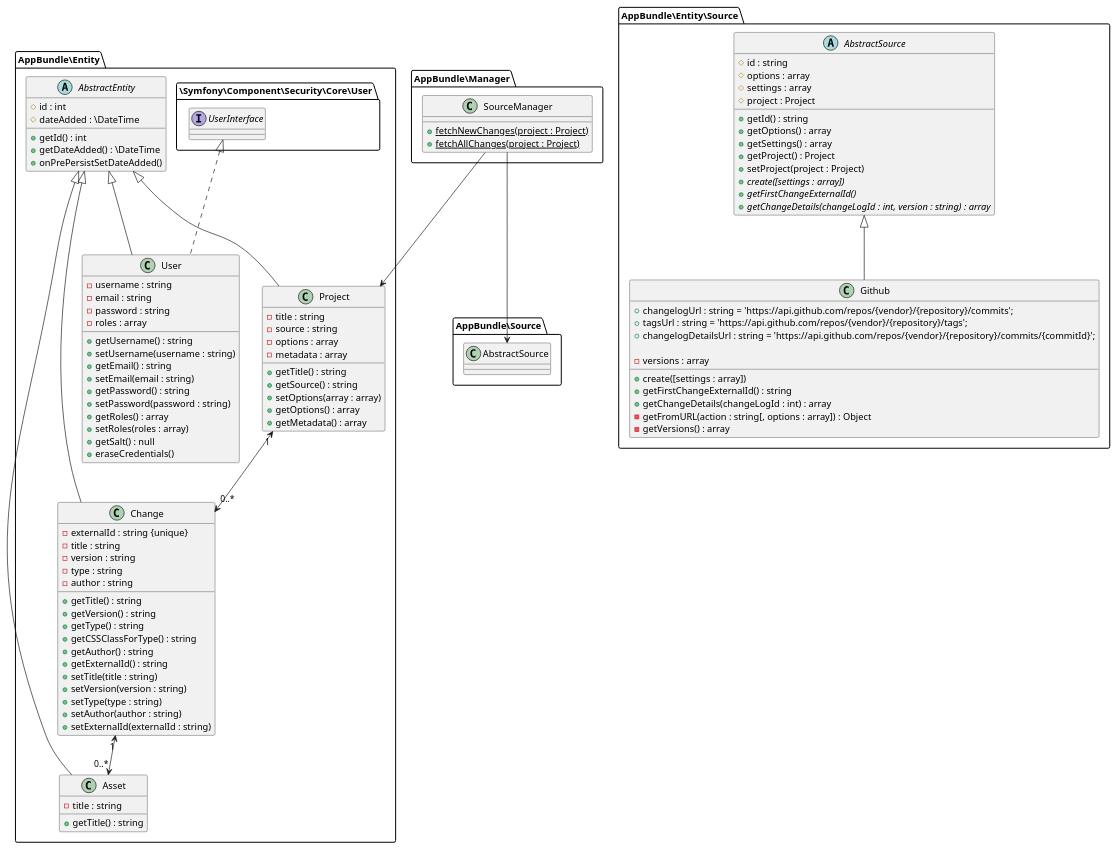
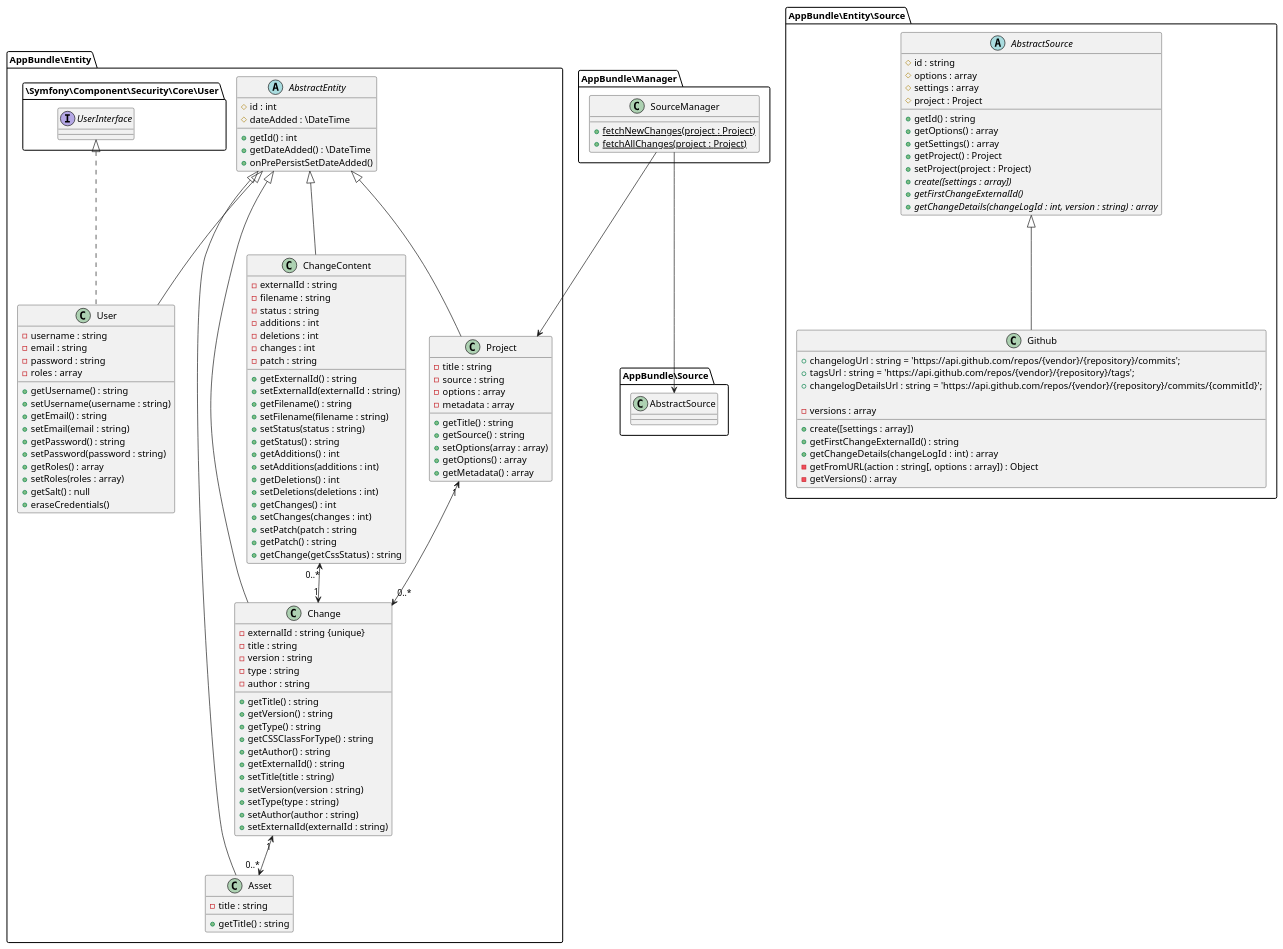
The diagram in src/AppBundle/Documentation/entities.puml (saitho/changebrowser), drawn with PlantUML before and after one commit. The commit also changed 3 other files, not shown here.

```diff
--- a/src/AppBundle/Documentation/entities.puml
+++ b/src/AppBundle/Documentation/entities.puml
@@ -1,105 +1,132 @@
 @startuml
 
 AppBundle\Manager.SourceManager --> AppBundle\Entity.Project
 AppBundle\Manager.SourceManager --> AppBundle\Source.AbstractSource
 
 namespace AppBundle\Manager {
     class SourceManager {
         + {static} fetchNewChanges(project : Project)
         + {static} fetchAllChanges(project : Project)
     }
 }
 
 namespace AppBundle\Entity\Source {
     abstract class AbstractSource {
         # id : string
         # options : array
         # settings : array
         # project : Project
         + getId() : string
         + getOptions() : array
         + getSettings() : array
         + getProject() : Project
         + setProject(project : Project)
         {abstract} + create([settings : array])
         {abstract} + getFirstChangeExternalId()
         {abstract} + getChangeDetails(changeLogId : int, version : string) : array
     }
     class Github extends AbstractSource {
         + changelogUrl : string = 'https://api.github.com/repos/{vendor}/{repository}/commits';
 	    + tagsUrl : string = 'https://api.github.com/repos/{vendor}/{repository}/tags';
 	    + changelogDetailsUrl : string = 'https://api.github.com/repos/{vendor}/{repository}/commits/{commitId}';
 
         + create([settings : array])
         + getFirstChangeExternalId() : string
         + getChangeDetails(changeLogId : int) : array
         - getFromURL(action : string[, options : array]) : Object
         - versions : array
         - getVersions() : array
     }
 }
 
 namespace AppBundle\Entity {
     abstract class AbstractEntity {
         # id : int
         # dateAdded : \DateTime
         + getId() : int
         + getDateAdded() : \DateTime
         + onPrePersistSetDateAdded()
     }
     class Asset extends AbstractEntity {
         - title : string
         + getTitle() : string
     }
     class Change extends AbstractEntity {
         - externalId : string {unique}
         - title : string
         - version : string
         - type : string
         - author : string
         + getTitle() : string
         + getVersion() : string
         + getType() : string
         + getCSSClassForType() : string
         + getAuthor() : string
         + getExternalId() : string
         + setTitle(title : string)
         + setVersion(version : string)
         + setType(type : string)
         + setAuthor(author : string)
         + setExternalId(externalId : string)
     }
+    class ChangeContent extends AbstractEntity {
+    	- externalId : string
+    	+ getExternalId() : string
+    	+ setExternalId(externalId : string)
+    	- filename : string
+    	+ getFilename() : string
+    	+ setFilename(filename : string)
+    	- status : string
+    	+ setStatus(status : string)
+    	+ getStatus() : string
+    	- additions : int
+    	+ getAdditions() : int
+    	+ setAdditions(additions : int)
+    	- deletions : int
+    	+ getDeletions() : int
+    	+ setDeletions(deletions : int)
+    	- changes : int
+    	+ getChanges() : int
+    	+ setChanges(changes : int)
+    	- patch : string
+    	+ setPatch(patch : string
+    	+ getPatch() : string
+    	+ getChange(getCssStatus) : string
+    }
+
+    ChangeContent "0..*" <--> "1" Change
+
     class Project extends AbstractEntity {
         - title : string
         - source : string
         - options : array
         - metadata : array
         + getTitle() : string
         + getSource() : string
         + setOptions(array : array)
         + getOptions() : array
         + getMetadata() : array
     }
     class User extends AbstractEntity implements \Symfony\Component\Security\Core\User.UserInterface {
         - username : string
         - email : string
         - password : string
         - roles : array
         + getUsername() : string
         + setUsername(username : string)
         + getEmail() : string
         + setEmail(email : string)
         + getPassword() : string
         + setPassword(password : string)
         + getRoles() : array
         + setRoles(roles : array)
         + getSalt() : null
         + eraseCredentials()
     }
 
     Change "1" <--> "0..*" Asset
     Project "1" <--> "0..*" Change
 }
 
 
 @enduml
```
